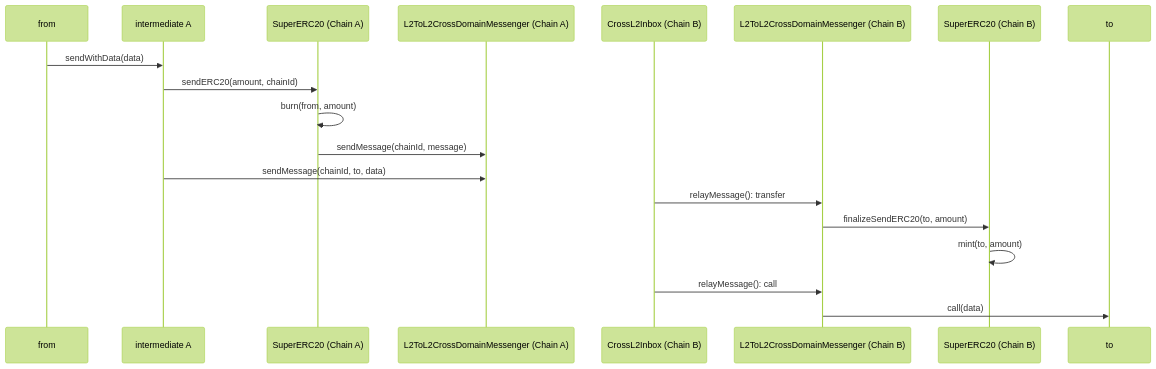
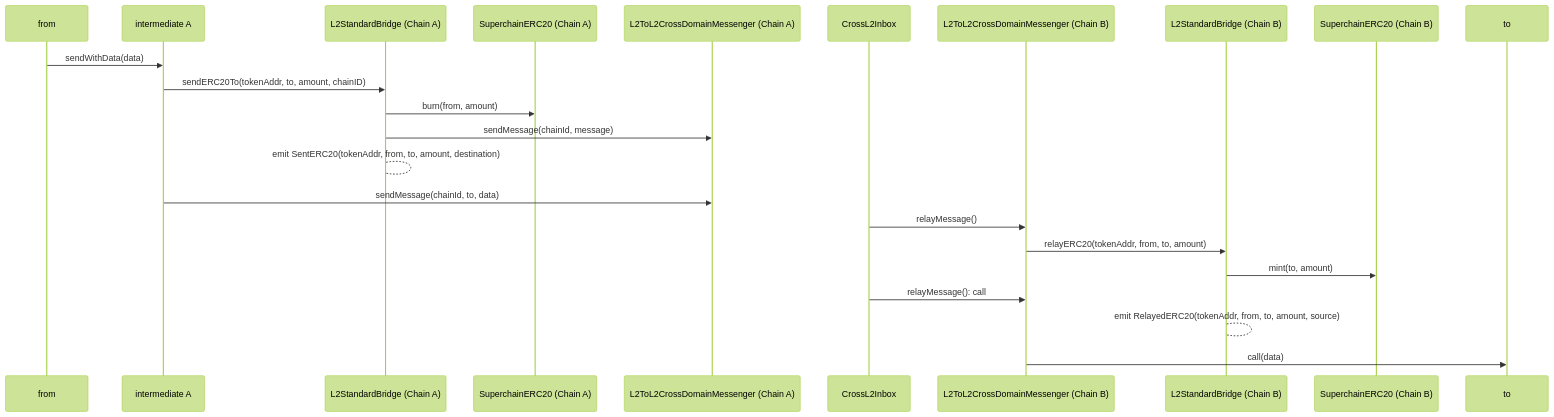
The third of 3 diagrams in specs/interop/token-bridging.md (ethereum-optimism/specs), drawn with Mermaid (forest theme) before and after one commit. The commit also changed other lines of this file, not shown here.

Commit message:
feat: token-bridging.md redesign to use the InteropStandardBridge instead of the token itself for bridging

````diff
--- a/specs/interop/token-bridging.md
+++ b/specs/interop/token-bridging.md
@@ -213,21 +241,25 @@
 ```mermaid
 sequenceDiagram
   participant from
   participant Intermediate_A as intermediate A
-  participant SuperERC20_A as SuperERC20 (Chain A)
+  participant L2SBA as L2StandardBridge (Chain A)
+  participant SuperERC20_A as SuperchainERC20 (Chain A)
   participant Messenger_A as L2ToL2CrossDomainMessenger (Chain A)
-  participant Inbox_B as CrossL2Inbox (Chain B)
+  participant Inbox as CrossL2Inbox
   participant Messenger_B as L2ToL2CrossDomainMessenger (Chain B)
-  participant SuperERC20_B as SuperERC20 (Chain B)
+  participant L2SBB as L2StandardBridge (Chain B)
+  participant SuperERC20_B as SuperchainERC20 (Chain B)
 
   from->>Intermediate_A: sendWithData(data)
-  Intermediate_A->>SuperERC20_A: sendERC20(amount, chainId)
-  SuperERC20_A->>SuperERC20_A: burn(from, amount)
-  SuperERC20_A->>Messenger_A: sendMessage(chainId, message)
+  Intermediate_A->>L2SBA: sendERC20To(tokenAddr, to, amount, chainID)
+  L2SBA->>SuperERC20_A: burn(from, amount)
+  L2SBA->>Messenger_A: sendMessage(chainId, message)
+  L2SBA-->L2SBA: emit SentERC20(tokenAddr, from, to, amount, destination)
   Intermediate_A->>Messenger_A: sendMessage(chainId, to, data)
-  Inbox_B->>Messenger_B: relayMessage(): transfer
-  Messenger_B->>SuperERC20_B: finalizeSendERC20(to, amount)
-  SuperERC20_B->>SuperERC20_B: mint(to, amount)
-  Inbox_B->>Messenger_B: relayMessage(): call
+  Inbox->>Messenger_B: relayMessage()
+  Messenger_B->>L2SBB: relayERC20(tokenAddr, from, to, amount)
+  L2SBB->>SuperERC20_B: mint(to, amount)
+  Inbox->>Messenger_B: relayMessage(): call
+  L2SBB-->L2SBB: emit RelayedERC20(tokenAddr, from, to, amount, source)
   Messenger_B->>to: call(data)
 ```
````
